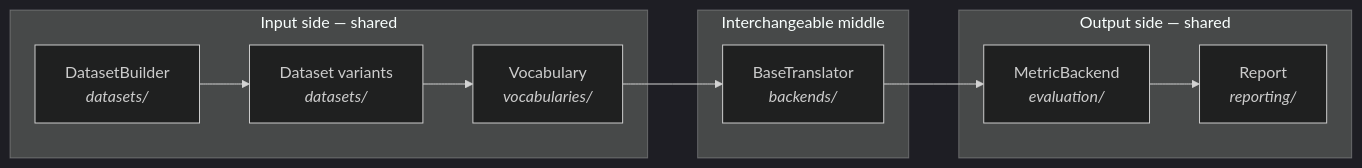
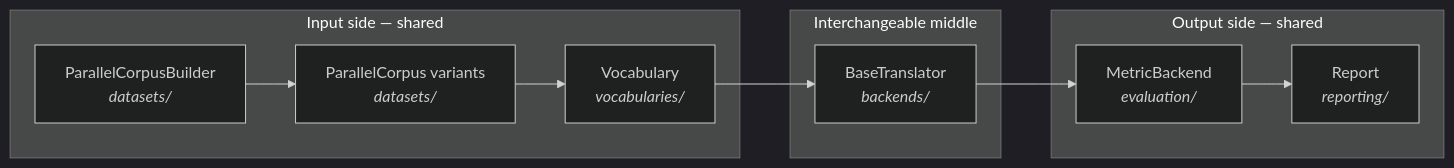
One commit to salvacarrion/autonmt changed the first of 2 diagrams in docs/concepts/architecture.md. Above: the diagram before and after it, drawn with Mermaid (dark theme). The commit also changed other lines of this file and 62 other files, not shown here.

````diff
--- a/docs/concepts/architecture.md
+++ b/docs/concepts/architecture.md
@@ -16,15 +16,15 @@
 ```mermaid
 flowchart LR
     subgraph IN["Input side — shared"]
-        DB["DatasetBuilder<br/><i>datasets/</i>"] --> DS["Dataset variants<br/><i>datasets/</i>"]
+        DB["ParallelCorpusBuilder<br/><i>datasets/</i>"] --> DS["ParallelCorpus variants<br/><i>datasets/</i>"]
         DS --> VB["Vocabulary<br/><i>vocabularies/</i>"]
     end
     subgraph MID["Interchangeable middle"]
         TR["BaseTranslator<br/><i>backends/</i>"]
     end
     subgraph OUT["Output side — shared"]
         MET["MetricBackend<br/><i>evaluation/</i>"] --> REP["Report<br/><i>reporting/</i>"]
     end
     VB --> TR
     TR --> MET
 ```
````
